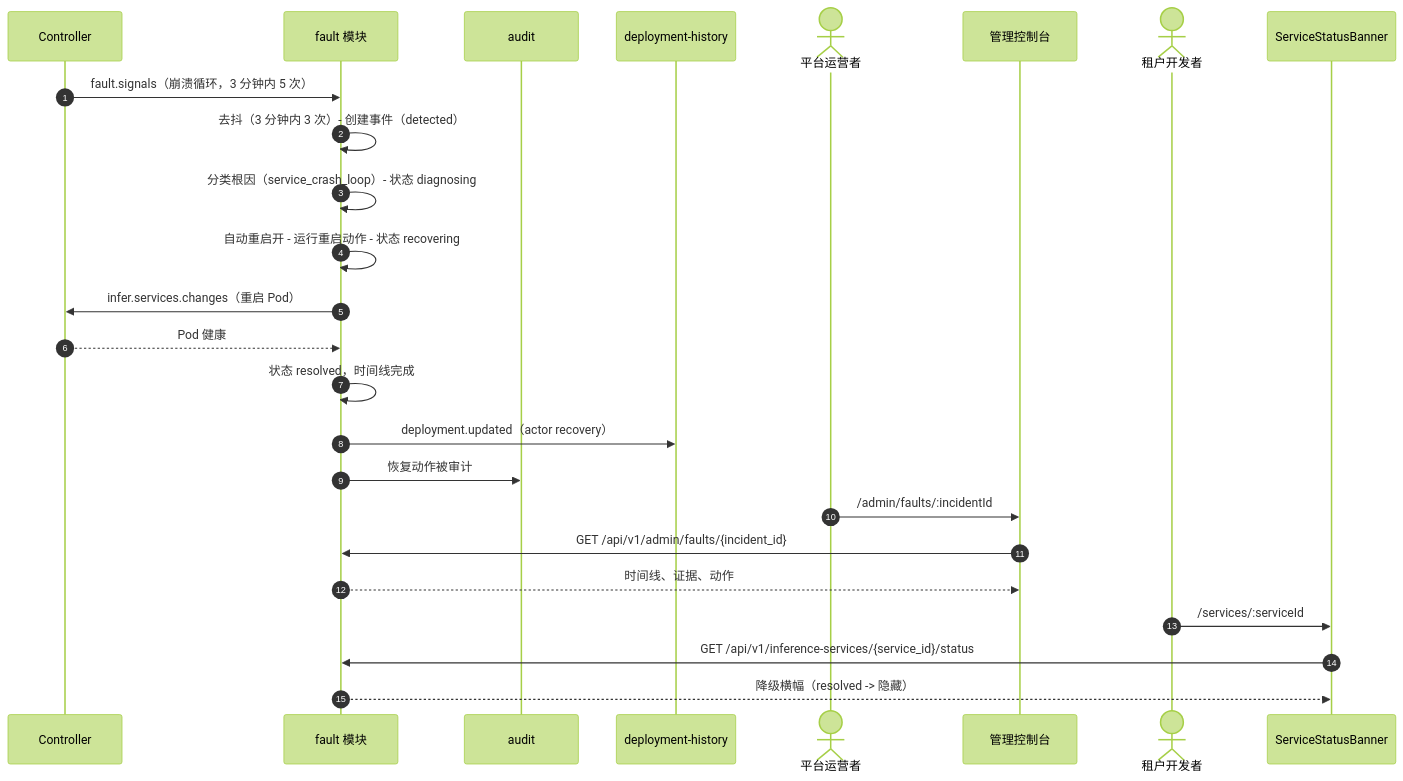
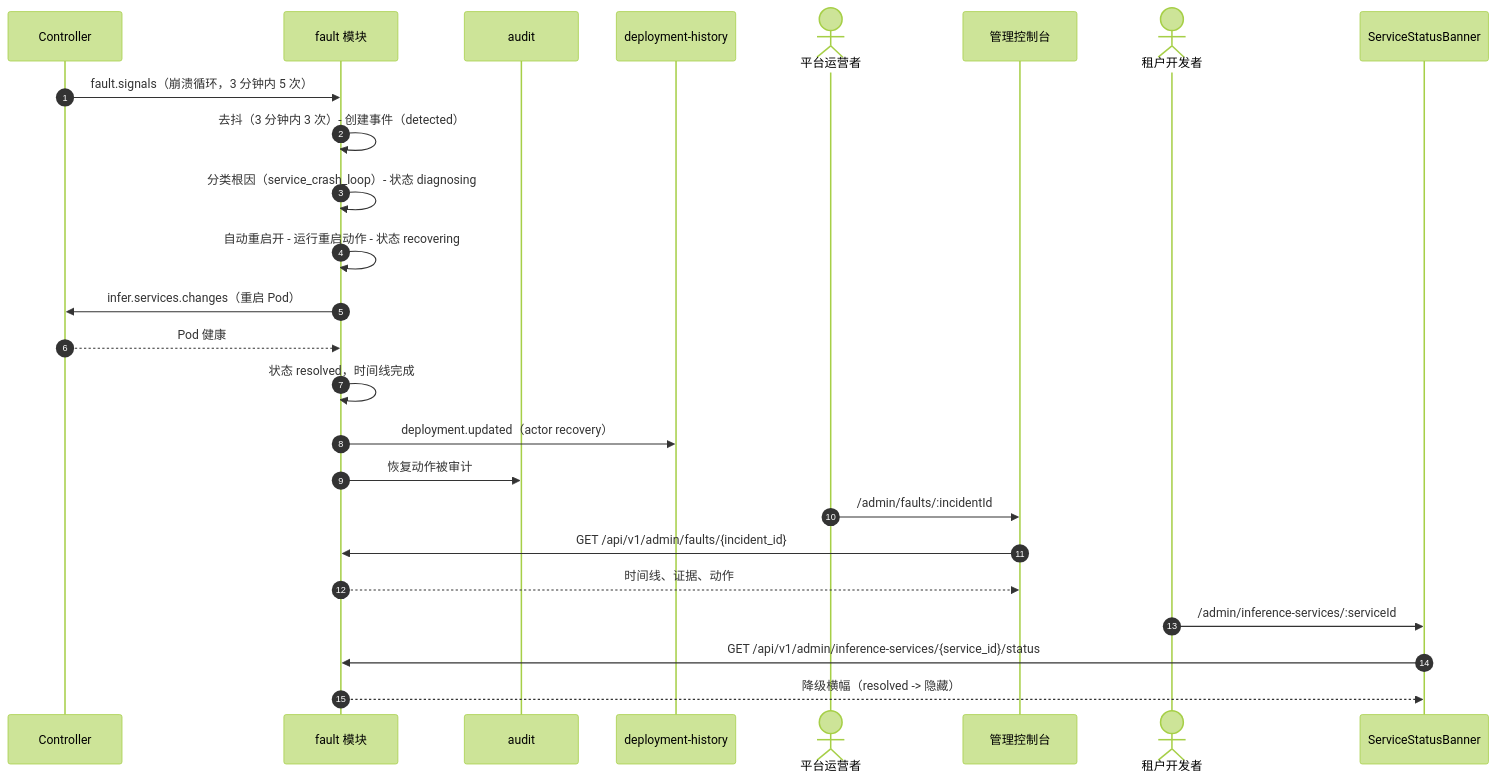
One commit to go-taas/go-taas changed the second of 3 diagrams in site/docs/architecture/fault-diagnosis-auto-recovery.zh-cn.md. Above: the diagram before and after it, drawn with Mermaid (forest theme). The commit also changed other lines of this file and 3 other files, not shown here.

````diff
--- a/site/docs/architecture/fault-diagnosis-auto-recovery.zh-cn.md
+++ b/site/docs/architecture/fault-diagnosis-auto-recovery.zh-cn.md
@@ -510,28 +519,28 @@
 ```mermaid
 sequenceDiagram
     autonumber
     participant CTL as Controller
     participant FAULT as fault 模块
     participant AUD as audit
     participant DEP as deployment-history
     actor Op as 平台运营者
     participant UI as 管理控制台
     actor Ten as 租户开发者
     participant BAN as ServiceStatusBanner
 
     CTL->>FAULT: fault.signals（崩溃循环，3 分钟内 5 次）
     FAULT->>FAULT: 去抖（3 分钟内 3 次）- 创建事件（detected）
     FAULT->>FAULT: 分类根因（service_crash_loop）- 状态 diagnosing
     FAULT->>FAULT: 自动重启开 - 运行重启动作 - 状态 recovering
     FAULT->>CTL: infer.services.changes（重启 Pod）
     CTL-->>FAULT: Pod 健康
     FAULT->>FAULT: 状态 resolved，时间线完成
     FAULT->>DEP: deployment.updated（actor recovery）
     FAULT->>AUD: 恢复动作被审计
     Op->>UI: /admin/faults/:incidentId
     UI->>FAULT: GET /api/v1/admin/faults/{incident_id}
     FAULT-->>UI: 时间线、证据、动作
-    Ten->>BAN: /services/:serviceId
-    BAN->>FAULT: GET /api/v1/inference-services/{service_id}/status
+    Ten->>BAN: /admin/inference-services/:serviceId
+    BAN->>FAULT: GET /api/v1/admin/inference-services/{service_id}/status
     FAULT-->>BAN: 降级横幅（resolved -> 隐藏）
 ```
````
